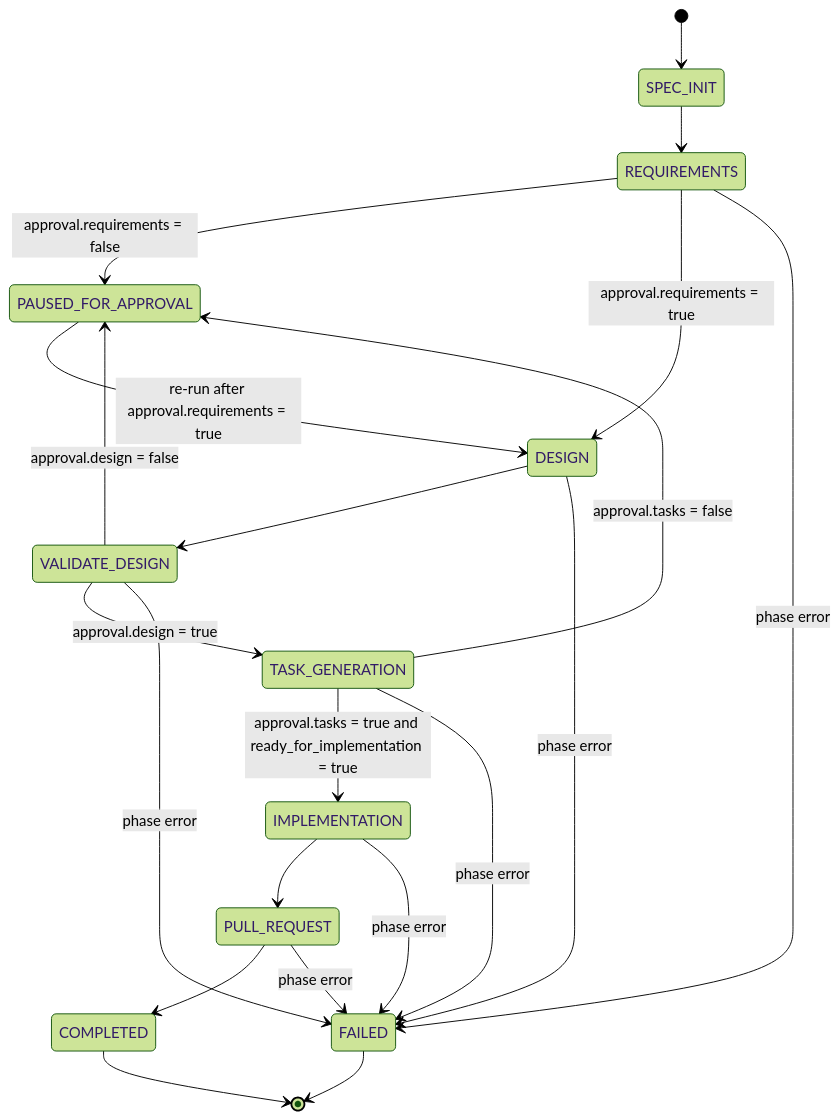
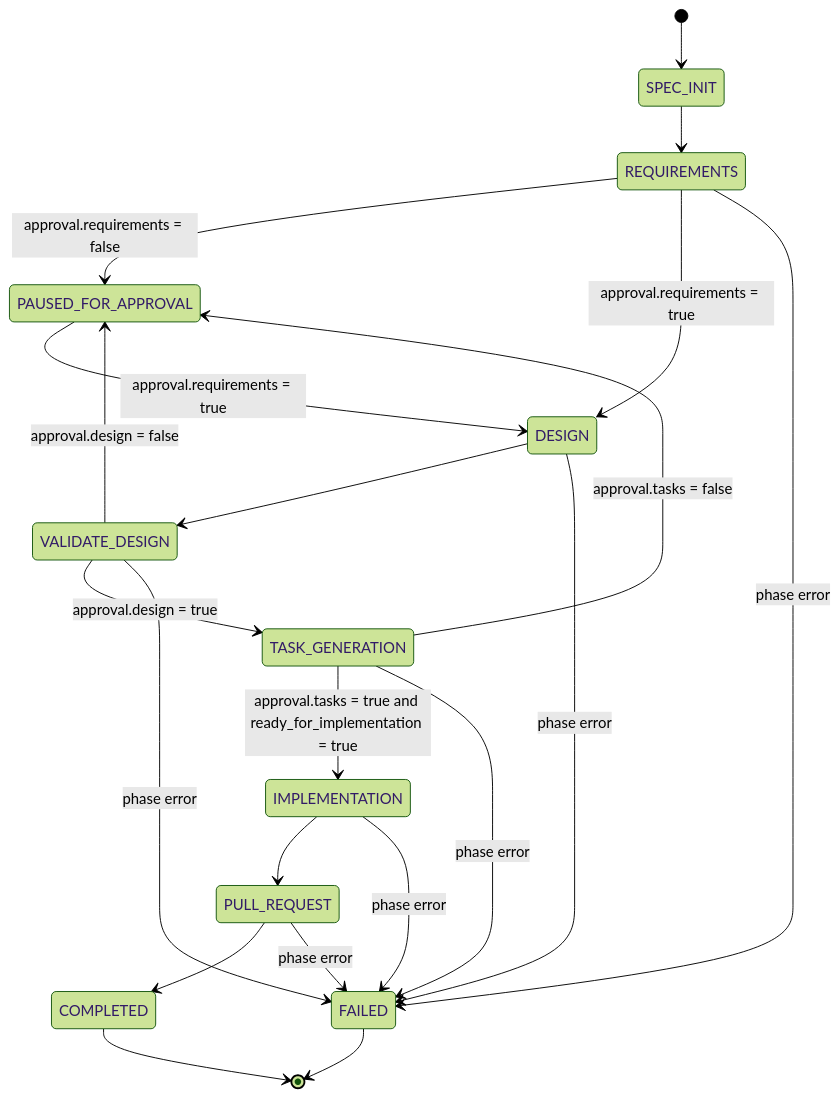
The third of 5 diagrams in .kiro/specs/orchestrator-core/design.md (hiromaily/autonomous-engineer), drawn with Mermaid (forest theme) before and after one commit. The commit also changed 2 other files, not shown here.

Commit message:
fix: address review feedback - multi-block LLM response, state invariant, and diagram clarity
- adapters/llm/claude-provider.ts: collect all text blocks from API response instead of only the first
- domain/workflow/workflow-engine.ts: set currentPhase to nextPhase when advancing from paused_for_approval to maintain state consistency on crash
- .kiro/specs/orchestrator-core/design.md: simplify state diagram label to just the condition (approval.requirements = true)

````diff
--- a/.kiro/specs/orchestrator-core/design.md
+++ b/.kiro/specs/orchestrator-core/design.md
@@ -144,23 +144,23 @@
 ```mermaid
 stateDiagram-v2
     [*] --> SPEC_INIT
     SPEC_INIT --> REQUIREMENTS
     REQUIREMENTS --> PAUSED_FOR_APPROVAL: approval.requirements = false
-    PAUSED_FOR_APPROVAL --> DESIGN: re-run after approval.requirements = true
+    PAUSED_FOR_APPROVAL --> DESIGN: approval.requirements = true
     REQUIREMENTS --> DESIGN: approval.requirements = true
     DESIGN --> VALIDATE_DESIGN
     VALIDATE_DESIGN --> PAUSED_FOR_APPROVAL: approval.design = false
     VALIDATE_DESIGN --> TASK_GENERATION: approval.design = true
     TASK_GENERATION --> PAUSED_FOR_APPROVAL: approval.tasks = false
     TASK_GENERATION --> IMPLEMENTATION: approval.tasks = true and ready_for_implementation = true
     IMPLEMENTATION --> PULL_REQUEST
     PULL_REQUEST --> COMPLETED
     REQUIREMENTS --> FAILED: phase error
     DESIGN --> FAILED: phase error
     VALIDATE_DESIGN --> FAILED: phase error
     TASK_GENERATION --> FAILED: phase error
     IMPLEMENTATION --> FAILED: phase error
     PULL_REQUEST --> FAILED: phase error
     COMPLETED --> [*]
     FAILED --> [*]
 ```
````
